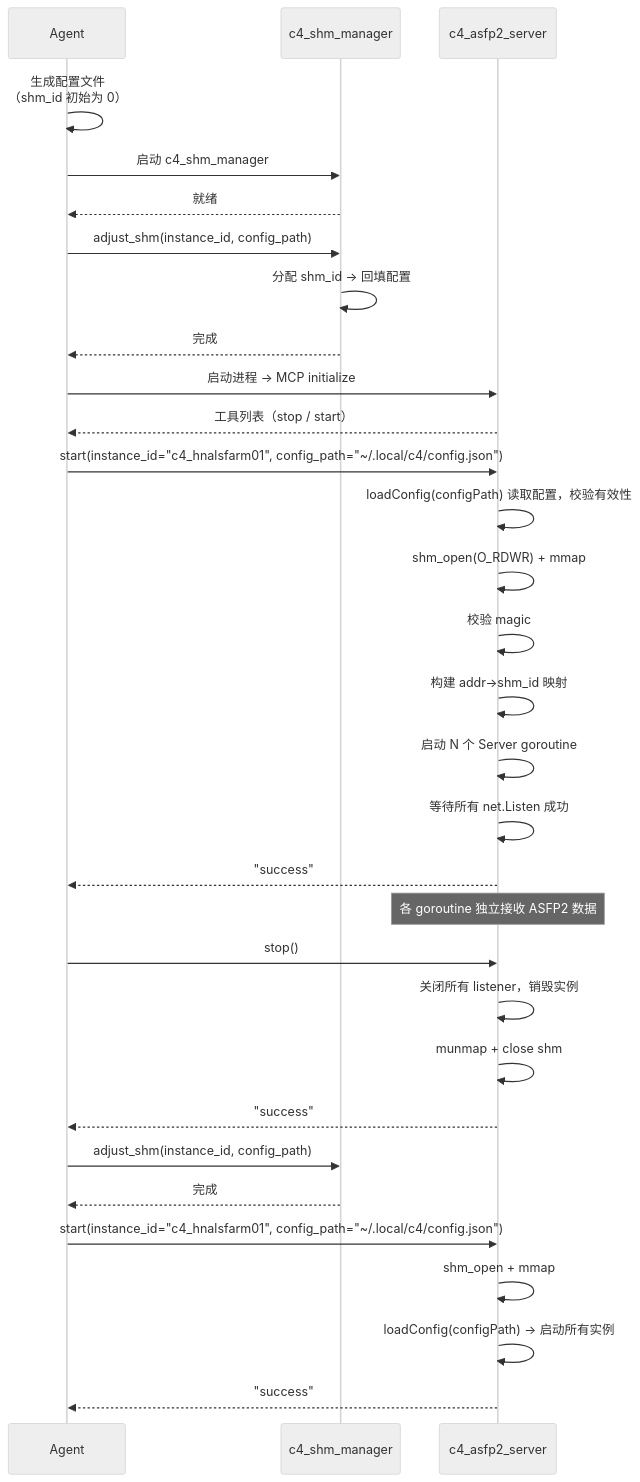
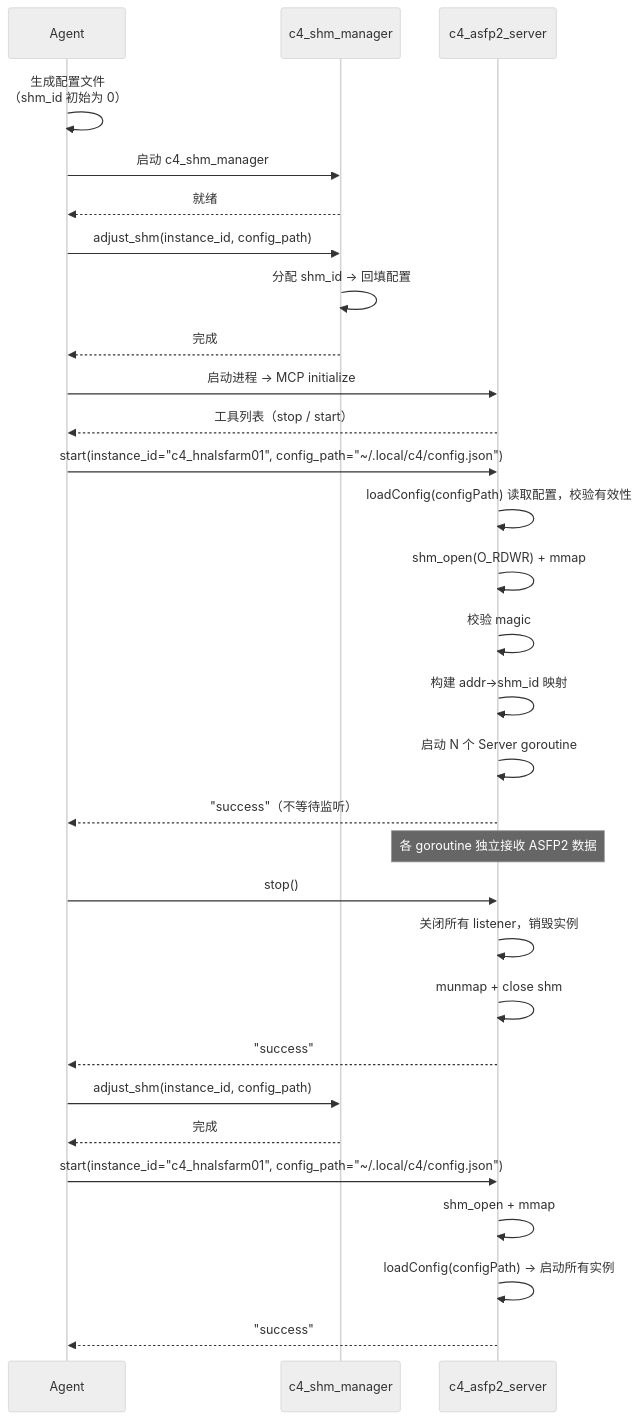
The second of 3 diagrams in docs/design/c4_asfp2_server.md (activesys/c4), drawn with Mermaid (neutral theme) before and after one commit. The commit also changed other lines of this file and 2 other files, not shown here.

````diff
--- a/docs/design/c4_asfp2_server.md
+++ b/docs/design/c4_asfp2_server.md
@@ -203,38 +202,37 @@
 ```mermaid
 sequenceDiagram
     participant A as Agent
     participant SM as c4_shm_manager
     participant S as c4_asfp2_server
 
     A->>A: 生成配置文件<br/>（shm_id 初始为 0）
     A->>SM: 启动 c4_shm_manager
     SM-->>A: 就绪
     A->>SM: adjust_shm(instance_id, config_path)
     SM->>SM: 分配 shm_id → 回填配置
     SM-->>A: 完成
 
     A->>S: 启动进程 → MCP initialize
     S-->>A: 工具列表（stop / start）
 
     A->>S: start(instance_id="c4_hnalsfarm01", config_path="~/.local/c4/config.json")
     S->>S: loadConfig(configPath) 读取配置，校验有效性
     S->>S: shm_open(O_RDWR) + mmap
     S->>S: 校验 magic
     S->>S: 构建 addr→shm_id 映射
     S->>S: 启动 N 个 Server goroutine
-    S->>S: 等待所有 net.Listen 成功
-    S-->>A: "success"
+    S-->>A: "success"（不等待监听）
 
     Note over S: 各 goroutine 独立接收 ASFP2 数据
 
     A->>S: stop()
     S->>S: 关闭所有 listener，销毁实例
     S->>S: munmap + close shm
     S-->>A: "success"
     A->>SM: adjust_shm(instance_id, config_path)
     SM-->>A: 完成
     A->>S: start(instance_id="c4_hnalsfarm01", config_path="~/.local/c4/config.json")
     S->>S: shm_open + mmap
     S->>S: loadConfig(configPath) → 启动所有实例
     S-->>A: "success"
 ```
````
